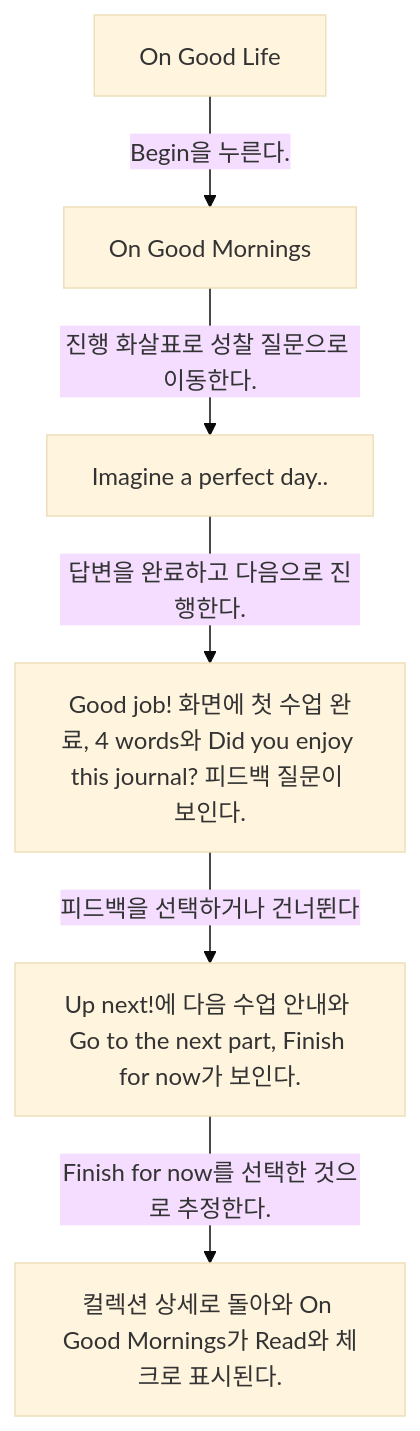
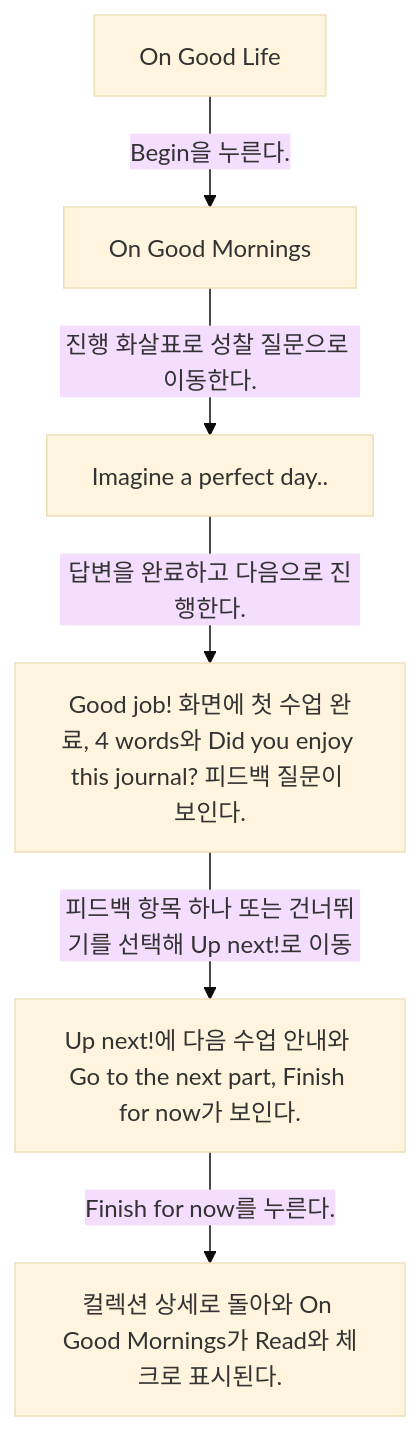
Before and after one commit to Dev-Corgi/Stoic-Build-Clone-Test: the diagram in docs/Stoic/flows/completing-a-lesson-from-collection-detail-92380915/README.md, drawn with Mermaid (base theme). The commit also changed other lines of this file and 23 other files, not shown here.

Commit message:
docs: verify Stoic flows with user-confirmed transitions

````diff
--- a/docs/Stoic/flows/completing-a-lesson-from-collection-detail-92380915/README.md
+++ b/docs/Stoic/flows/completing-a-lesson-from-collection-detail-92380915/README.md
@@ -8,14 +8,14 @@
 ```mermaid
 flowchart TD
   S1["On Good Life"]
   S1 -->|Begin을 누른다.| S2
   S2["On Good Mornings"]
   S2 -->|진행 화살표로 성찰 질문으로 이동한다.| S3
   S3["Imagine a perfect day.."]
   S3 -->|답변을 완료하고 다음으로 진행한다.| S4
   S4["Good job! 화면에 첫 수업 완료, 4 words와 Did you enjoy this journal? 피드백 질문이 보인다."]
-  S4 -->|피드백을 선택하거나 건너뛴다| S5
+  S4 -->|피드백 항목 하나 또는 건너뛰기를 선택해 Up next!로 이동| S5
   S5["Up next!에 다음 수업 안내와 Go to the next part, Finish for now가 보인다."]
-  S5 -->|Finish for now를 선택한 것으로 추정한다.| S6
+  S5 -->|Finish for now를 누른다.| S6
   S6["컬렉션 상세로 돌아와 On Good Mornings가 Read와 체크로 표시된다."]
 ```
````
